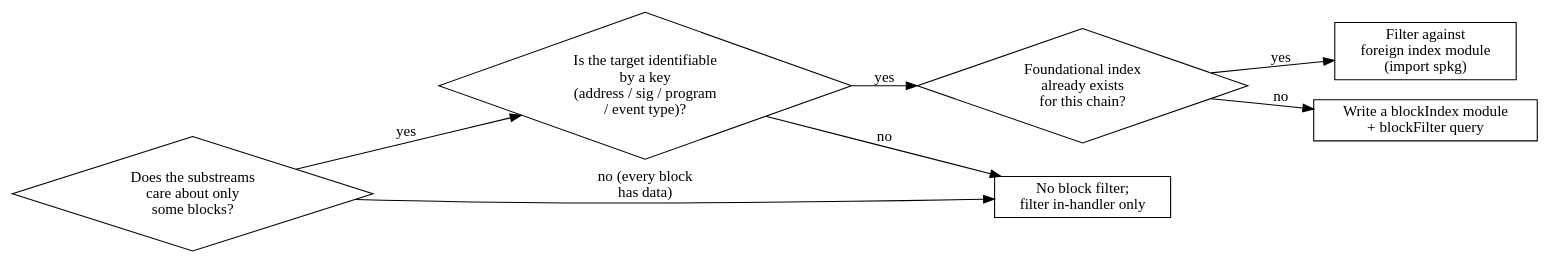
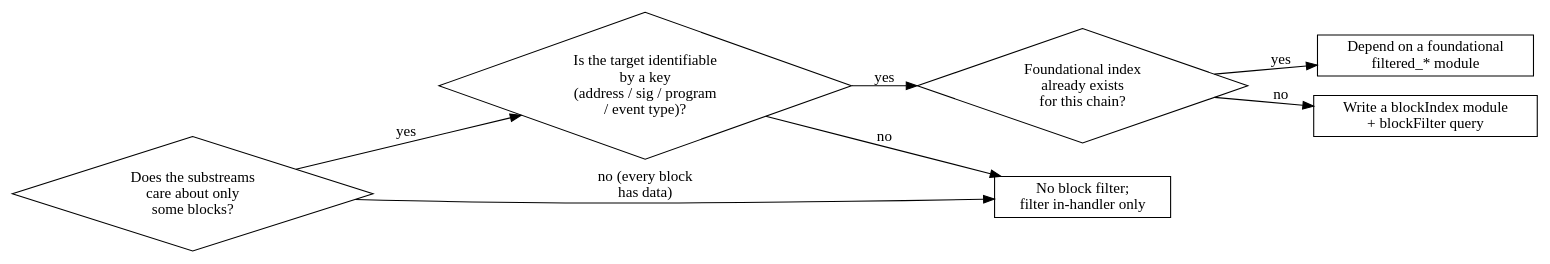
Before and after one commit to colindickson/substreams-skills: the diagram in skills/substreams-dev/references/block-filtering.md, drawn with Graphviz. The commit also changed other lines of this file and 1 other file, not shown here.

````diff
--- a/skills/substreams-dev/references/block-filtering.md
+++ b/skills/substreams-dev/references/block-filtering.md
@@ -340,18 +369,18 @@
 ```dot
 digraph filter_decision {
     rankdir=LR;
     "Does the substreams\ncare about only\nsome blocks?" [shape=diamond];
     "Is the target identifiable\nby a key\n(address / sig / program\n/ event type)?" [shape=diamond];
     "Foundational index\nalready exists\nfor this chain?" [shape=diamond];
-    "Filter against\nforeign index module\n(import spkg)" [shape=box];
+    "Depend on a foundational\nfiltered_* module" [shape=box];
     "Write a blockIndex module\n+ blockFilter query" [shape=box];
     "No block filter;\nfilter in-handler only" [shape=box];
 
     "Does the substreams\ncare about only\nsome blocks?" -> "No block filter;\nfilter in-handler only" [label="no (every block\nhas data)"];
     "Does the substreams\ncare about only\nsome blocks?" -> "Is the target identifiable\nby a key\n(address / sig / program\n/ event type)?" [label="yes"];
     "Is the target identifiable\nby a key\n(address / sig / program\n/ event type)?" -> "No block filter;\nfilter in-handler only" [label="no"];
     "Is the target identifiable\nby a key\n(address / sig / program\n/ event type)?" -> "Foundational index\nalready exists\nfor this chain?" [label="yes"];
-    "Foundational index\nalready exists\nfor this chain?" -> "Filter against\nforeign index module\n(import spkg)" [label="yes"];
+    "Foundational index\nalready exists\nfor this chain?" -> "Depend on a foundational\nfiltered_* module" [label="yes"];
     "Foundational index\nalready exists\nfor this chain?" -> "Write a blockIndex module\n+ blockFilter query" [label="no"];
 }
 ```
````
